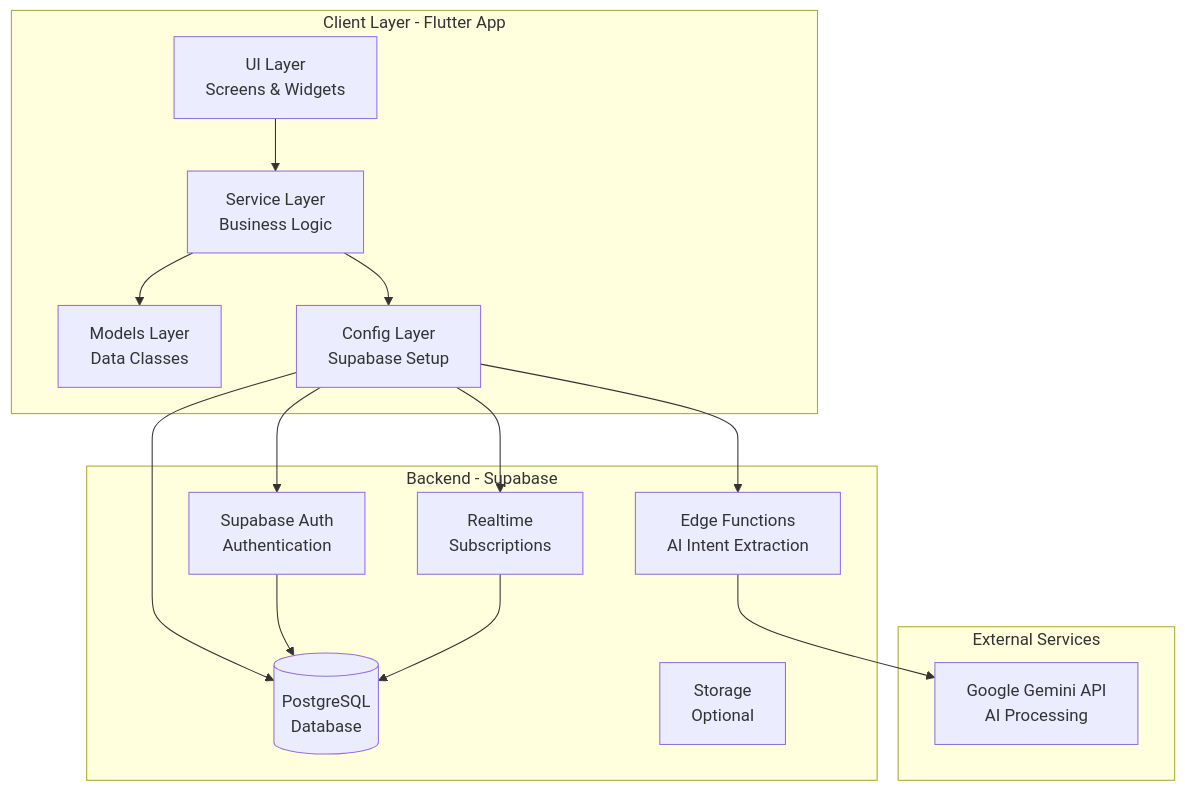
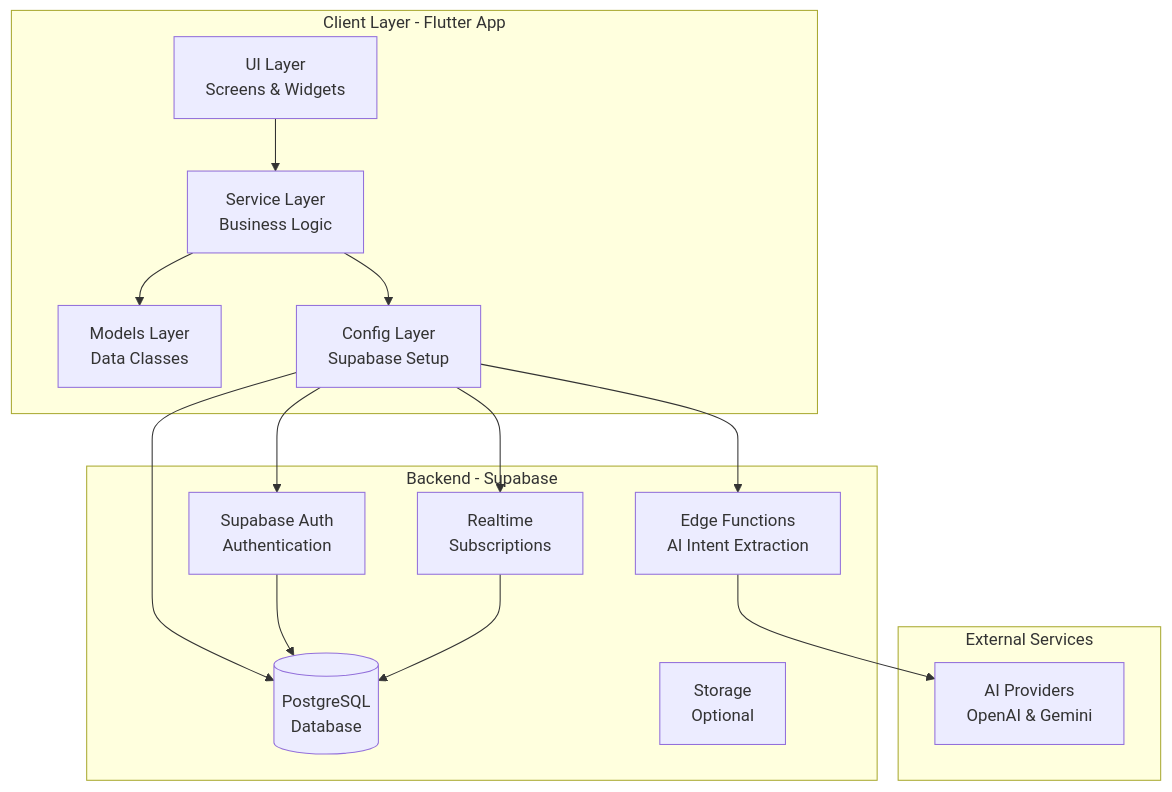
The first of 10 diagrams in chat_app/ARCHITECTURE.md (shoebsmk/Flutter-chat-claude), drawn with Mermaid before and after one commit. The commit also changed other lines of this file and 3 other files, not shown here.

````diff
--- a/chat_app/ARCHITECTURE.md
+++ b/chat_app/ARCHITECTURE.md
@@ -37,32 +37,32 @@
 ```mermaid
 graph TB
     subgraph "Client Layer - Flutter App"
         UI[UI Layer<br/>Screens & Widgets]
         Services[Service Layer<br/>Business Logic]
         Models[Models Layer<br/>Data Classes]
         Config[Config Layer<br/>Supabase Setup]
     end
     
     subgraph "Backend - Supabase"
         Auth[Supabase Auth<br/>Authentication]
         DB[(PostgreSQL<br/>Database)]
         Realtime[Realtime<br/>Subscriptions]
         Storage[Storage<br/>Optional]
         EdgeFunctions[Edge Functions<br/>AI Intent Extraction]
     end
     
     subgraph "External Services"
-        GeminiAPI[Google Gemini API<br/>AI Processing]
+        AIProviders[AI Providers<br/>OpenAI & Gemini]
     end
     
     UI --> Services
     Services --> Models
     Services --> Config
     Config --> Auth
     Config --> DB
     Config --> Realtime
     Config --> EdgeFunctions
     Auth --> DB
     Realtime --> DB
-    EdgeFunctions --> GeminiAPI
+    EdgeFunctions --> AIProviders
 ```
````
